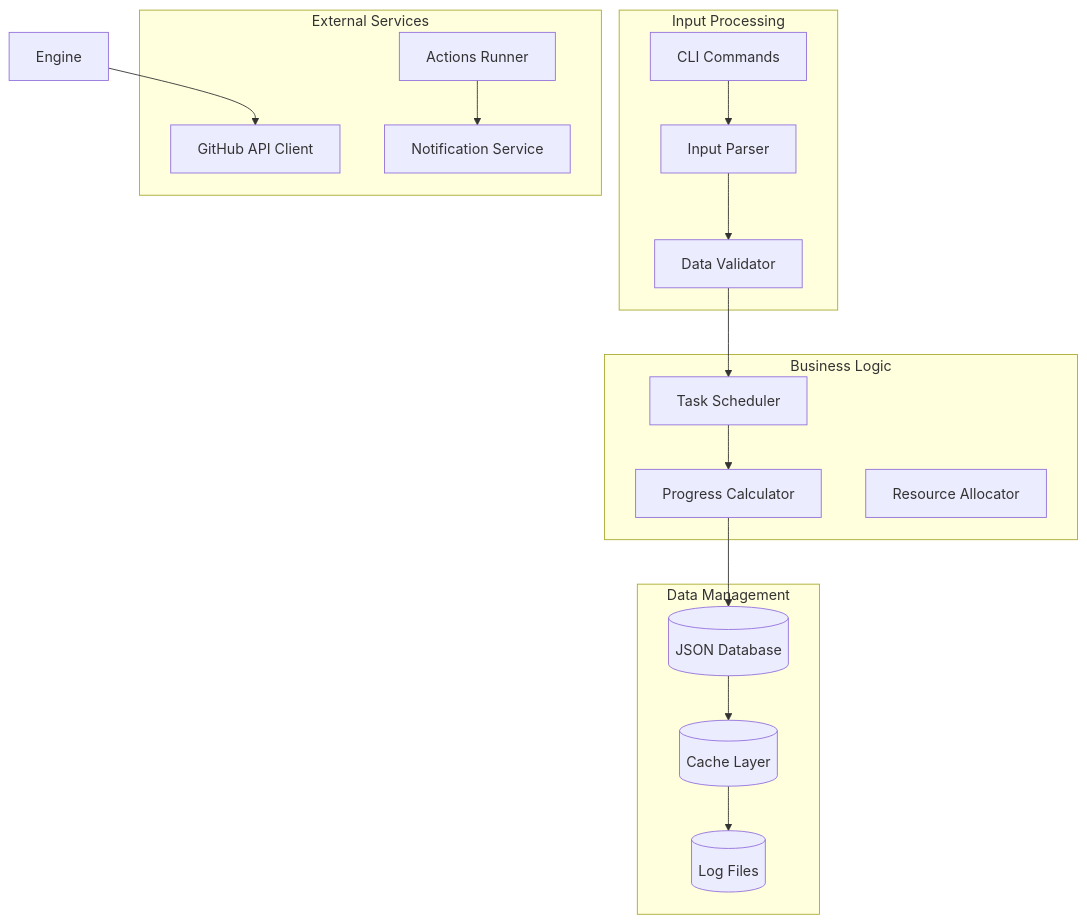
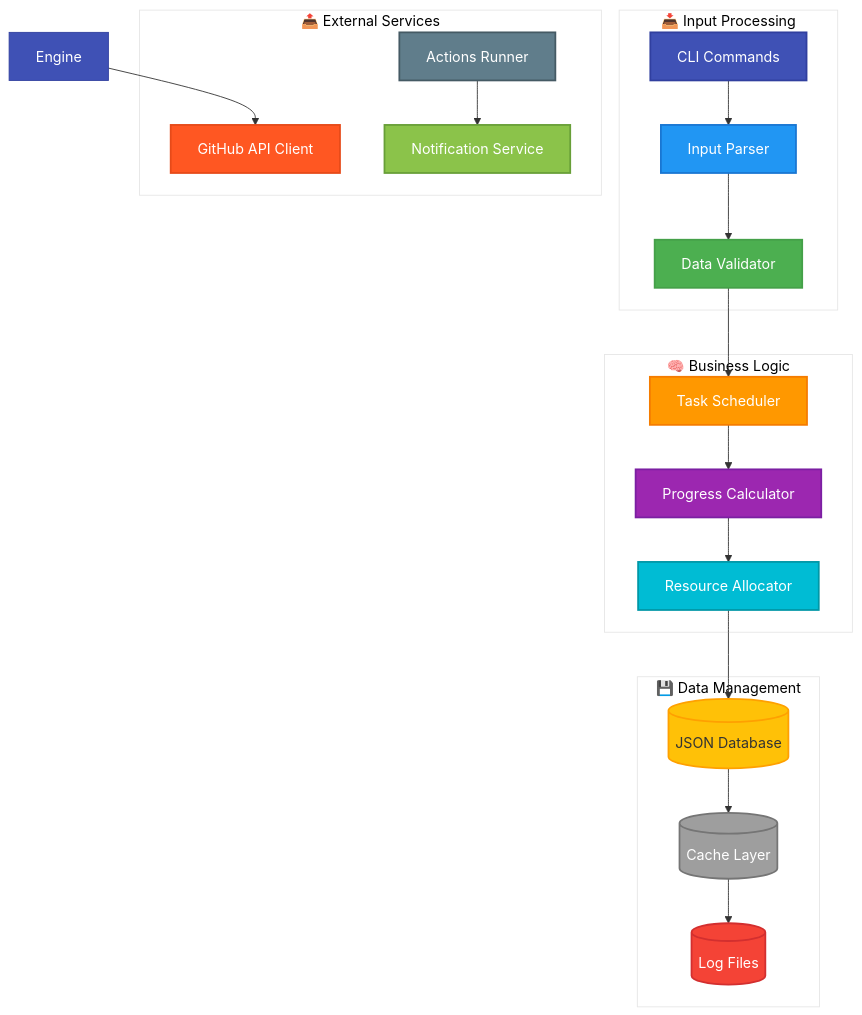
Before and after one commit to Shakour-Data/AutoProjectManagement: the ninth of 13 diagrams in README.md, drawn with Mermaid. The commit also changed other lines of this file, not shown here.

Commit message:
`Added detailed system architecture diagrams and UML diagrams to the README file.`

````diff
--- a/README.md
+++ b/README.md
@@ -201,36 +296,51 @@
 ```mermaid
+%%{init: {'theme':'base', 'themeVariables': { 'primaryColor': '#3F51B5', 'primaryTextColor': '#fff', 'primaryBorderColor': '#303F9F', 'lineColor': '#333', 'secondaryColor': '#FF5722', 'tertiaryColor': '#fff'}}}%%
 flowchart TD
-    subgraph "Input Processing"
+    subgraph "📥 Input Processing"
         CLI[CLI Commands]
         Parser[Input Parser]
         Validator[Data Validator]
     end
     
-    subgraph "Business Logic"
+    subgraph "🧠 Business Logic"
         Scheduler[Task Scheduler]
         Calculator[Progress Calculator]
         Allocator[Resource Allocator]
     end
     
-    subgraph "Data Management"
+    subgraph "💾 Data Management"
         JSONDB[(JSON Database)]
         Cache[(Cache Layer)]
         Logger[(Log Files)]
     end
     
-    subgraph "External Services"
+    subgraph "📤 External Services"
         GitHubAPI[GitHub API Client]
         Actions[Actions Runner]
         Notifications[Notification Service]
     end
     
     CLI --> Parser
     Parser --> Validator
     Validator --> Scheduler
     Scheduler --> Calculator
-    Calculator --> JSONDB
+    Calculator --> Allocator
+    Allocator --> JSONDB
     JSONDB --> Cache
     Cache --> Logger
     Engine --> GitHubAPI
     Actions --> Notifications
+    
+    style CLI fill:#3F51B5,stroke:#303F9F,stroke-width:2px,color:#fff
+    style Parser fill:#2196F3,stroke:#1976D2,stroke-width:2px,color:#fff
+    style Validator fill:#4CAF50,stroke:#45a049,stroke-width:2px,color:#fff
+    style Scheduler fill:#FF9800,stroke:#F57C00,stroke-width:2px,color:#fff
+    style Calculator fill:#9C27B0,stroke:#7B1FA2,stroke-width:2px,color:#fff
+    style Allocator fill:#00BCD4,stroke:#0097A7,stroke-width:2px,color:#fff
+    style JSONDB fill:#FFC107,stroke:#FFA000,stroke-width:2px,color:#333
+    style Cache fill:#9E9E9E,stroke:#757575,stroke-width:2px,color:#fff
+    style Logger fill:#F44336,stroke:#D32F2F,stroke-width:2px,color:#fff
+    style GitHubAPI fill:#FF5722,stroke:#E64A19,stroke-width:2px,color:#fff
+    style Actions fill:#607D8B,stroke:#455A64,stroke-width:2px,color:#fff
+    style Notifications fill:#8BC34A,stroke:#689F38,stroke-width:2px,color:#fff
 ```
````
